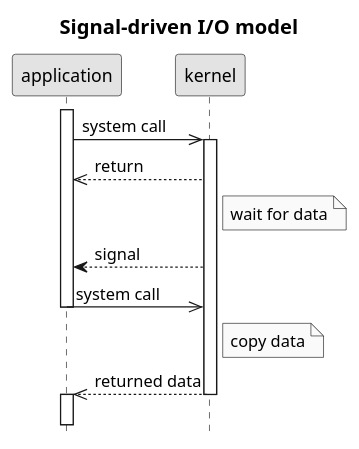
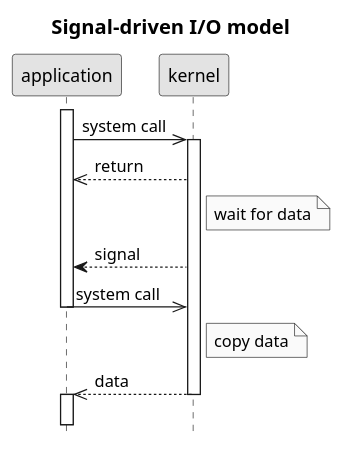
One commit to c0p4c4b4n4/demo-sockets-io-nio-nio2 changed the diagram in .images/signal-driven IO model.puml. Above: the diagram before and after it, drawn with PlantUML. The commit also changed 3 other files, not shown here.

```diff
--- a/.images/signal-driven IO model.puml
+++ b/.images/signal-driven IO model.puml
@@ -1,19 +1,19 @@
 @startuml
 title Signal-driven I/O model
 hide footbox
 skinparam monochrome true
 skinparam titleFontSize 16
 activate application
 application->>kernel: system call
 activate kernel
 kernel-->>application: return
 Note right of kernel: wait for data
 kernel-->application: signal
 application->>kernel: system call
 deactivate application
 Note right of kernel: copy data
-kernel-->>application: returned data
+kernel-->>application: data
 deactivate kernel
 activate application
 ||15||
 @enduml
```
